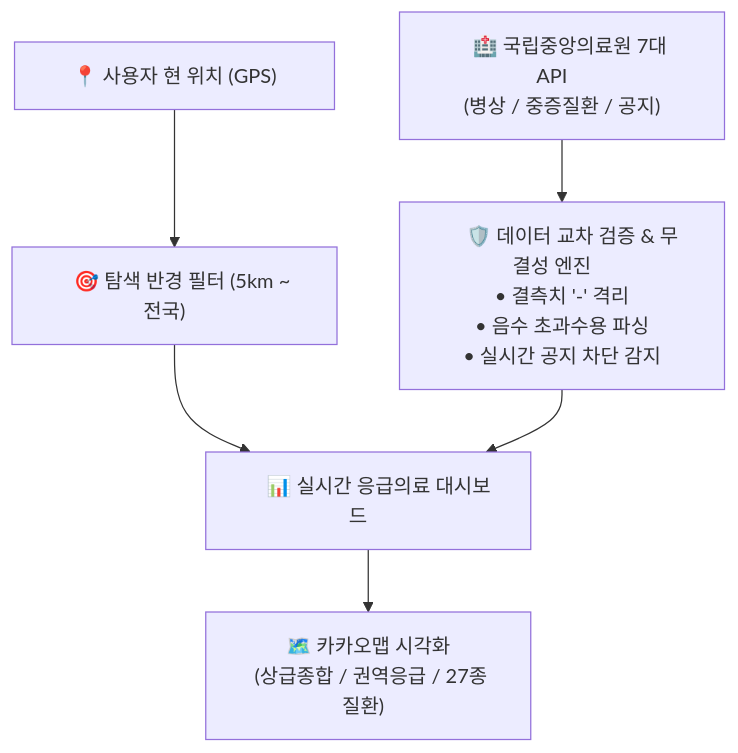
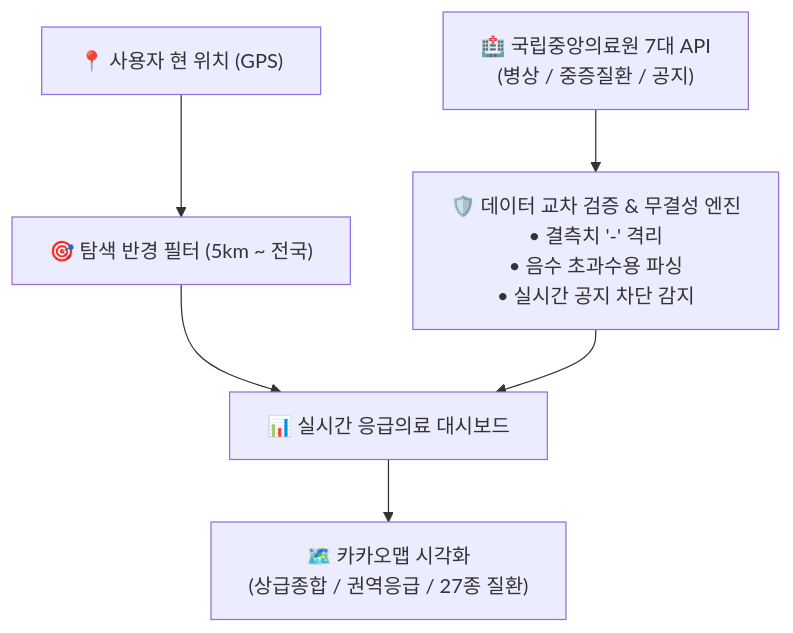
Before and after one commit to rockybearking/yonsei119: the first of 3 diagrams in README.md, drawn with Mermaid. The commit also changed other lines of this file, not shown here.

````diff
--- a/README.md
+++ b/README.md
@@ -58,8 +58,9 @@
 ```mermaid
+%%{init: {'flowchart': {'wrappingWidth': 500, 'minNodeWidth': 220}}}%%
 flowchart TD
-    GPS["&nbsp;&nbsp;&nbsp;&nbsp;📍 사용자 현 위치 (GPS)&nbsp;&nbsp;&nbsp;&nbsp;"] --> Radius["&nbsp;&nbsp;&nbsp;&nbsp;🎯 탐색 반경 필터 (5km ~ 전국)&nbsp;&nbsp;&nbsp;&nbsp;"]
-    OpenAPI["&nbsp;&nbsp;&nbsp;&nbsp;🏥 국립중앙의료원 7대 API&nbsp;&nbsp;&nbsp;&nbsp;<br>(병상 / 중증질환 / 공지)"] --> Engine["&nbsp;&nbsp;&nbsp;&nbsp;🛡️ 데이터 교차 검증 & 무결성 엔진&nbsp;&nbsp;&nbsp;&nbsp;<br>• 결측치 '-' 격리<br>• 음수 초과수용 파싱<br>• 실시간 공지 차단 감지"]
-    Radius --> Dashboard["&nbsp;&nbsp;&nbsp;&nbsp;📊 실시간 응급의료 대시보드&nbsp;&nbsp;&nbsp;&nbsp;"]
+    GPS["📍 사용자 현 위치 (GPS)"] --> Radius["🎯 탐색 반경 필터 (5km ~ 전국)"]
+    OpenAPI["🏥 국립중앙의료원 7대 API<br>(병상 / 중증질환 / 공지)"] --> Engine["🛡️ 데이터 교차 검증 & 무결성 엔진<br>• 결측치 '-' 격리<br>• 음수 초과수용 파싱<br>• 실시간 공지 차단 감지"]
+    Radius --> Dashboard["📊 실시간 응급의료 대시보드"]
     Engine --> Dashboard
-    Dashboard --> Kakao["&nbsp;&nbsp;&nbsp;&nbsp;🗺️ 카카오맵 시각화&nbsp;&nbsp;&nbsp;&nbsp;<br>&nbsp;&nbsp;(상급종합 / 권역응급 / 27종 질환)&nbsp;&nbsp;"]
+    Dashboard --> Kakao["🗺️ 카카오맵 시각화<br>(상급종합 / 권역응급 / 27종 질환)"]
 ```
````
